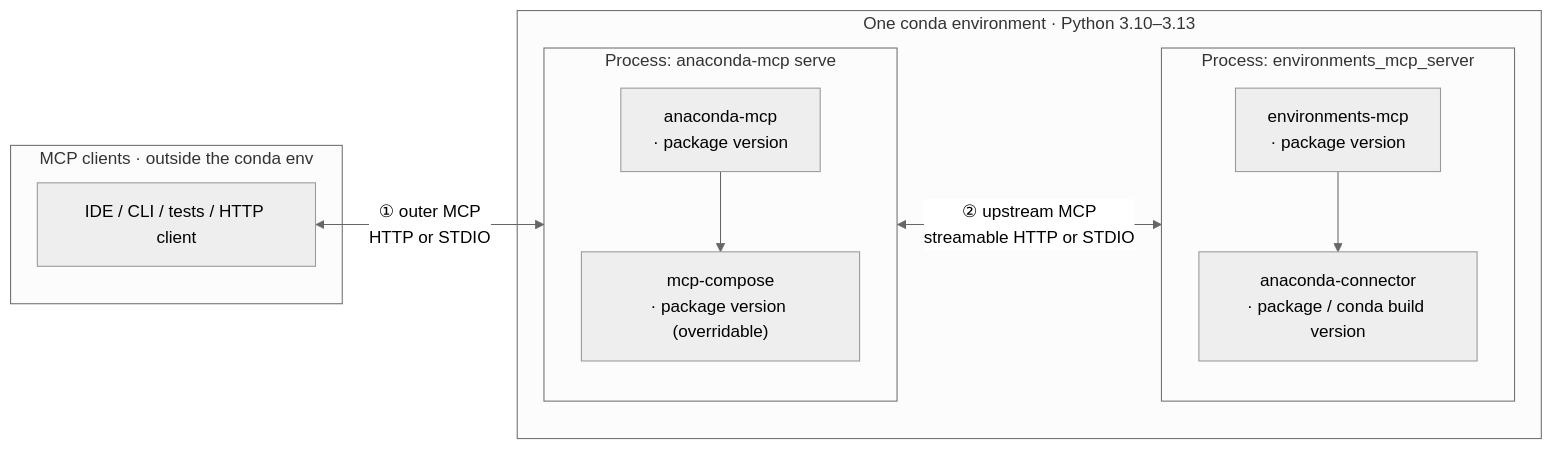
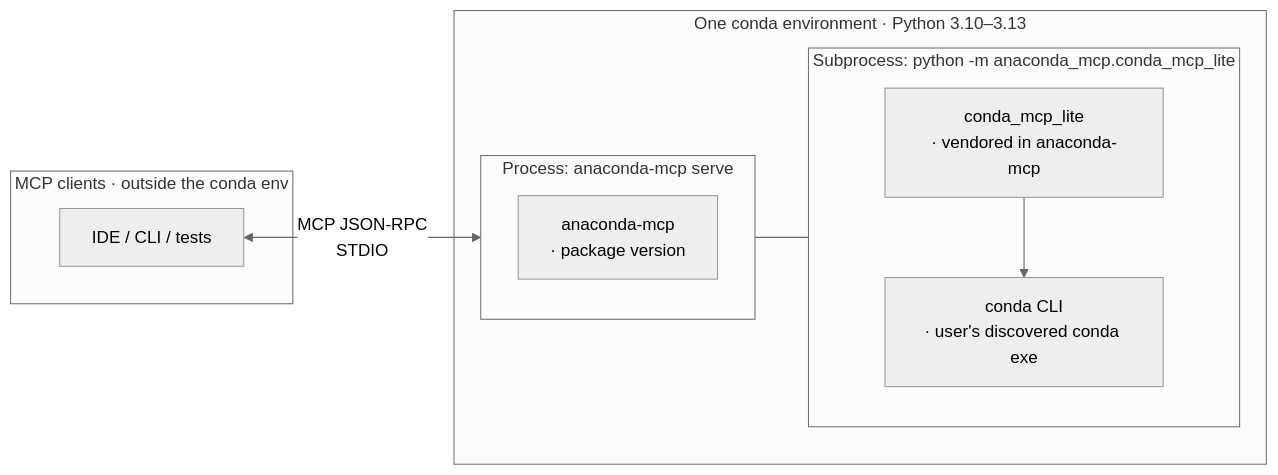
The diagram in tests/qa/mcp_tools/_docs/architecture.md (anaconda/anaconda-mcp), drawn with Mermaid (neutral theme) before and after one commit. The commit also changed other lines of this file and 17 other files, not shown here.

````diff
--- a/tests/qa/mcp_tools/_docs/architecture.md
+++ b/tests/qa/mcp_tools/_docs/architecture.md
@@ -15,26 +15,24 @@
 ```mermaid
 flowchart LR
   subgraph clients["MCP clients  ·  outside the conda env"]
-    CL["IDE / CLI / tests / HTTP client"]
+    CL["IDE / CLI / tests"]
   end
 
   subgraph cenv["One conda environment  ·  Python 3.10–3.13"]
     subgraph amp["Process: anaconda-mcp serve"]
       direction TB
       AM["anaconda-mcp<br/>· package version"]
-      MC["mcp-compose<br/>· package version (overridable)"]
-      AM --> MC
     end
 
-    subgraph ems["Process: environments_mcp_server"]
+    subgraph ems["Subprocess: python -m anaconda_mcp.conda_mcp_lite"]
       direction TB
-      EM["environments-mcp<br/>· package version"]
-      AC["anaconda-connector<br/>· package / conda build version"]
+      EM["conda_mcp_lite<br/>· vendored in anaconda-mcp"]
+      AC["conda CLI<br/>· user's discovered conda exe"]
       EM --> AC
     end
 
-    MC <-->|"② upstream MCP<br/>streamable HTTP or STDIO"| EM
+    AM --- EM
   end
 
-  CL <-->|"① outer MCP<br/>HTTP or STDIO"| AM
+  CL <-->|"MCP JSON-RPC<br/>STDIO"| AM
 ```
````
